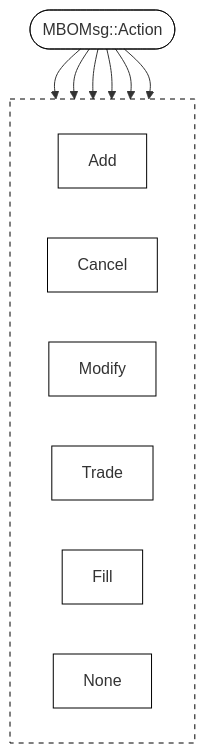
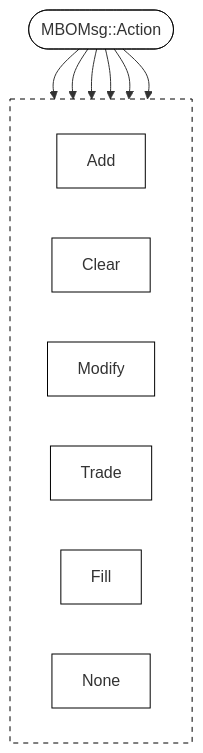
The first of 2 diagrams in docs/Order Lifetime Tracking.md (Alexerby/thesis-code), drawn with Mermaid before and after one commit. The commit also changed other lines of this file, not shown here.

````diff
--- a/docs/Order Lifetime Tracking.md
+++ b/docs/Order Lifetime Tracking.md
@@ -7,25 +10,26 @@
 ```mermaid
 flowchart TD
-    classDef theme fill:none,stroke:currentColor,stroke-width:1px
+    classDef theme fill:none,stroke:currentColor
 
     Root([MBOMsg::Action]):::theme
     
     subgraph Operations [" "]
         direction LR
         A[Add]:::theme
         C[Cancel]:::theme
         M[Modify]:::theme
         T[Trade]:::theme
         F[Fill]:::theme
-        N[None]:::theme
+        N[None]:::theme 
+        C[Clear]:::thee
     end
 
     Root --> A
     Root --> C
     Root --> M
     Root --> T
     Root --> F
     Root --> N
 
     style Operations fill:none,stroke:currentColor,stroke-dasharray: 5 5
 ```
````
